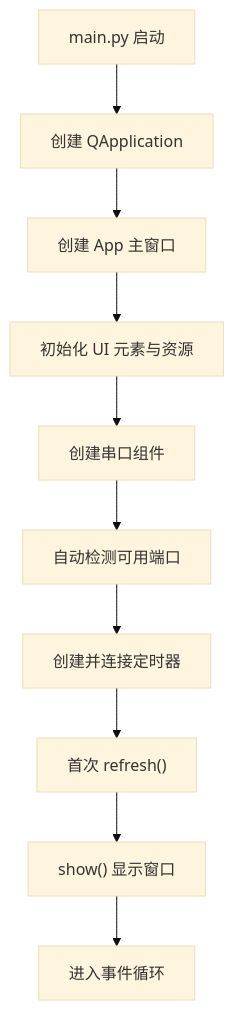
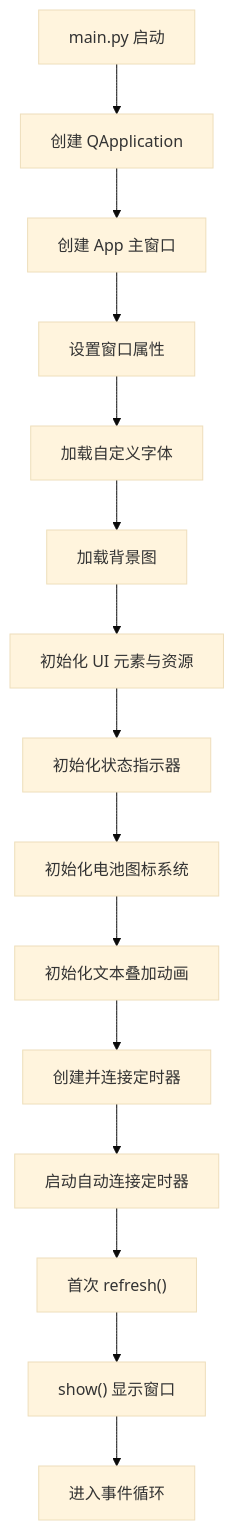
Before and after one commit to Hankun-P/wireless-keyboard-toy: the tenth of 11 diagrams in .qoder/repowiki/zh/content/桌面应用架构/桌面应用架构.md, drawn with Mermaid (base theme). The commit also changed other lines of this file and 10 other files, not shown here.

````diff
--- a/.qoder/repowiki/zh/content/桌面应用架构/桌面应用架构.md
+++ b/.qoder/repowiki/zh/content/桌面应用架构/桌面应用架构.md
@@ -369,12 +574,17 @@
 ```mermaid
 flowchart TD
 A["main.py 启动"] --> B["创建 QApplication"]
 B --> C["创建 App 主窗口"]
-C --> D["初始化 UI 元素与资源"]
-D --> E["创建串口组件"]
-E --> F["自动检测可用端口"]
-F --> G["创建并连接定时器"]
-G --> H["首次 refresh()"]
-H --> I["show() 显示窗口"]
-I --> J["进入事件循环"]
+C --> D["设置窗口属性"]
+D --> E["加载自定义字体"]
+E --> F["加载背景图"]
+F --> G["初始化 UI 元素与资源"]
+G --> H["初始化状态指示器"]
+H --> I["初始化电池图标系统"]
+I --> J["初始化文本叠加动画"]
+J --> K["创建并连接定时器"]
+K --> L["启动自动连接定时器"]
+L --> M["首次 refresh()"]
+M --> N["show() 显示窗口"]
+N --> O["进入事件循环"]
 ```
````
